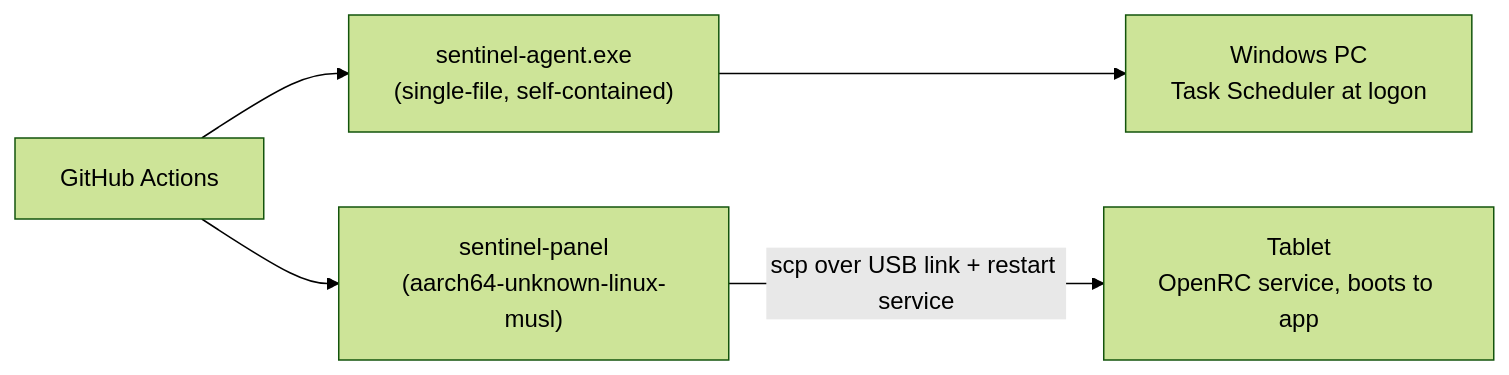
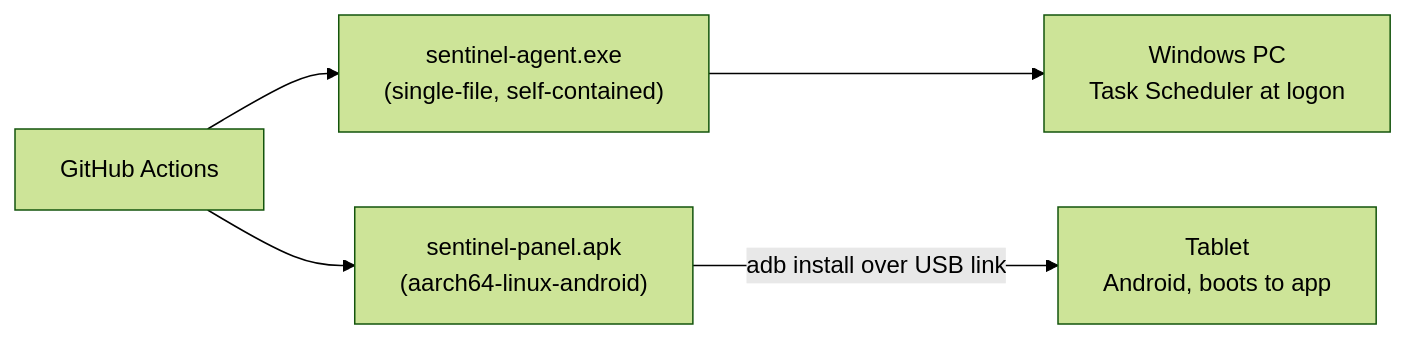
The fifth of 5 diagrams in documentation/ARCHITECTURE.md (Decker-Matthew-R/sentinel), drawn with Mermaid (forest theme) before and after one commit. The commit also changed other lines of this file and 4 other files, not shown here.

````diff
--- a/documentation/ARCHITECTURE.md
+++ b/documentation/ARCHITECTURE.md
@@ -180,12 +180,12 @@
 ```mermaid
 flowchart LR
     gh["GitHub Actions"]
     exe["sentinel-agent.exe<br/>(single-file, self-contained)"]
-    bin["sentinel-panel<br/>(aarch64-unknown-linux-musl)"]
+    apk["sentinel-panel.apk<br/>(aarch64-linux-android)"]
     pc["Windows PC<br/>Task Scheduler at logon"]
-    tab["Tablet<br/>OpenRC service, boots to app"]
+    tab["Tablet<br/>Android, boots to app"]
 
     gh --> exe --> pc
-    gh --> bin
-    bin -- "scp over USB link + restart service" --> tab
+    gh --> apk
+    apk -- "adb install over USB link" --> tab
 ```
````
